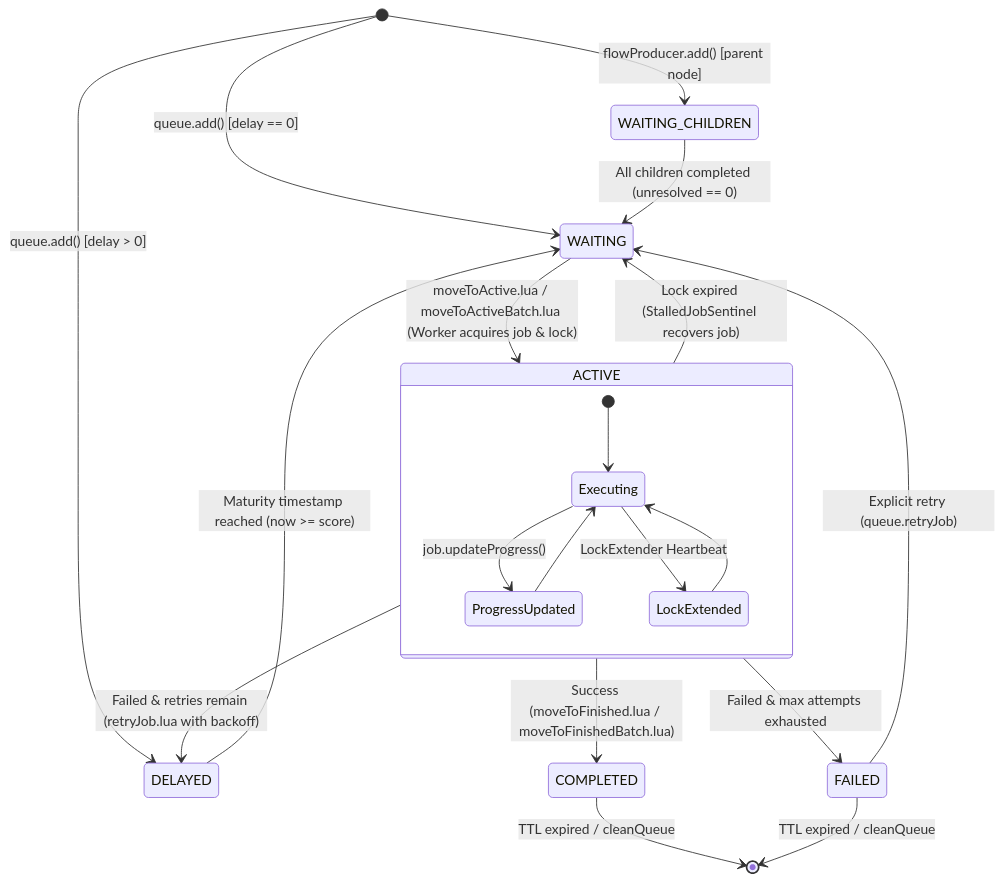
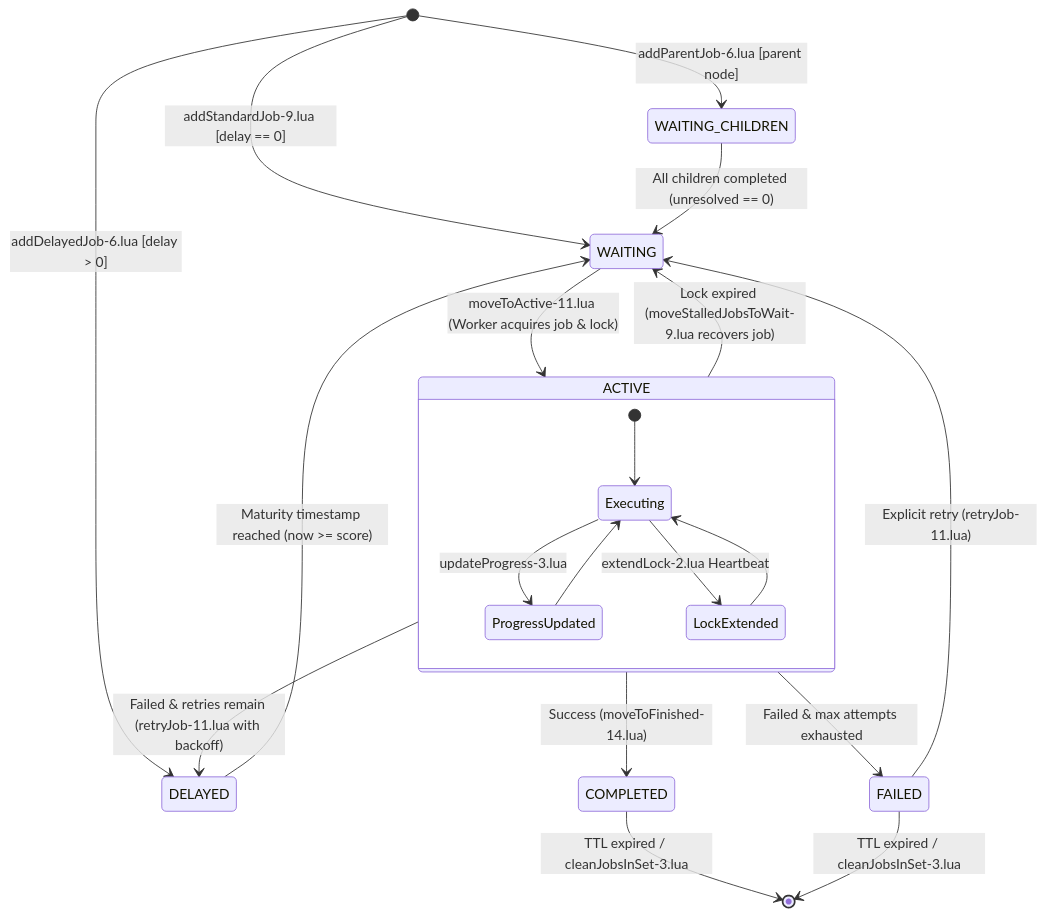
Before and after one commit to gaurav10610/oxmq: the second of 6 diagrams in docs/ARCHITECTURE.md, drawn with Mermaid. The commit also changed other lines of this file and 90 other files, not shown here.

````diff
--- a/docs/ARCHITECTURE.md
+++ b/docs/ARCHITECTURE.md
@@ -74,29 +78,29 @@
 ```mermaid
 stateDiagram-v2
-    [*] --> WAITING: queue.add() [delay == 0]
-    [*] --> DELAYED: queue.add() [delay > 0]
-    [*] --> WAITING_CHILDREN: flowProducer.add() [parent node]
+    [*] --> WAITING: addStandardJob-9.lua [delay == 0]
+    [*] --> DELAYED: addDelayedJob-6.lua [delay > 0]
+    [*] --> WAITING_CHILDREN: addParentJob-6.lua [parent node]
 
     DELAYED --> WAITING: Maturity timestamp reached (now >= score)
     WAITING_CHILDREN --> WAITING: All children completed (unresolved == 0)
 
-    WAITING --> ACTIVE: moveToActive.lua / moveToActiveBatch.lua (Worker acquires job & lock)
+    WAITING --> ACTIVE: moveToActive-11.lua (Worker acquires job & lock)
     
     state ACTIVE {
         [*] --> Executing
-        Executing --> ProgressUpdated: job.updateProgress()
+        Executing --> ProgressUpdated: updateProgress-3.lua
         ProgressUpdated --> Executing
-        Executing --> LockExtended: LockExtender Heartbeat
+        Executing --> LockExtended: extendLock-2.lua Heartbeat
         LockExtended --> Executing
     }
 
-    ACTIVE --> COMPLETED: Success (moveToFinished.lua / moveToFinishedBatch.lua)
-    ACTIVE --> DELAYED: Failed & retries remain (retryJob.lua with backoff)
+    ACTIVE --> COMPLETED: Success (moveToFinished-14.lua)
+    ACTIVE --> DELAYED: Failed & retries remain (retryJob-11.lua with backoff)
     ACTIVE --> FAILED: Failed & max attempts exhausted
-    ACTIVE --> WAITING: Lock expired (StalledJobSentinel recovers job)
+    ACTIVE --> WAITING: Lock expired (moveStalledJobsToWait-9.lua recovers job)
 
-    FAILED --> WAITING: Explicit retry (queue.retryJob)
+    FAILED --> WAITING: Explicit retry (retryJob-11.lua)
     
-    COMPLETED --> [*]: TTL expired / cleanQueue
-    FAILED --> [*]: TTL expired / cleanQueue
+    COMPLETED --> [*]: TTL expired / cleanJobsInSet-3.lua
+    FAILED --> [*]: TTL expired / cleanJobsInSet-3.lua
 ```
````
